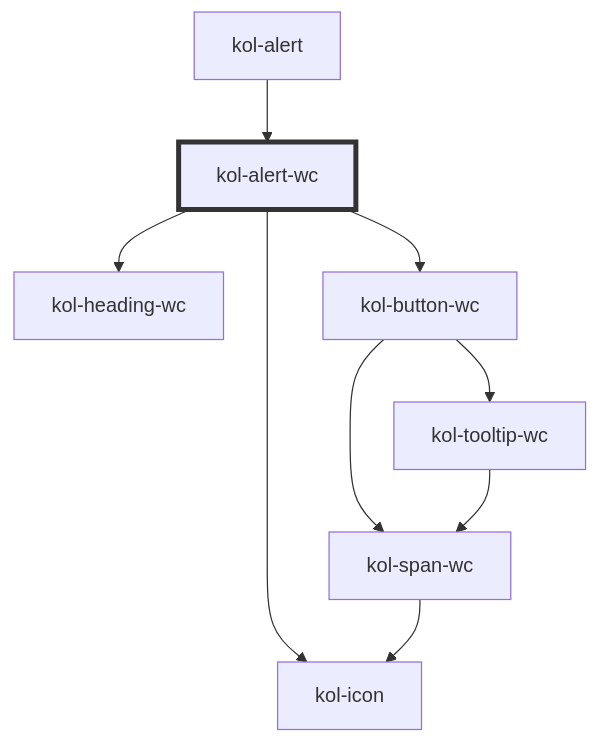
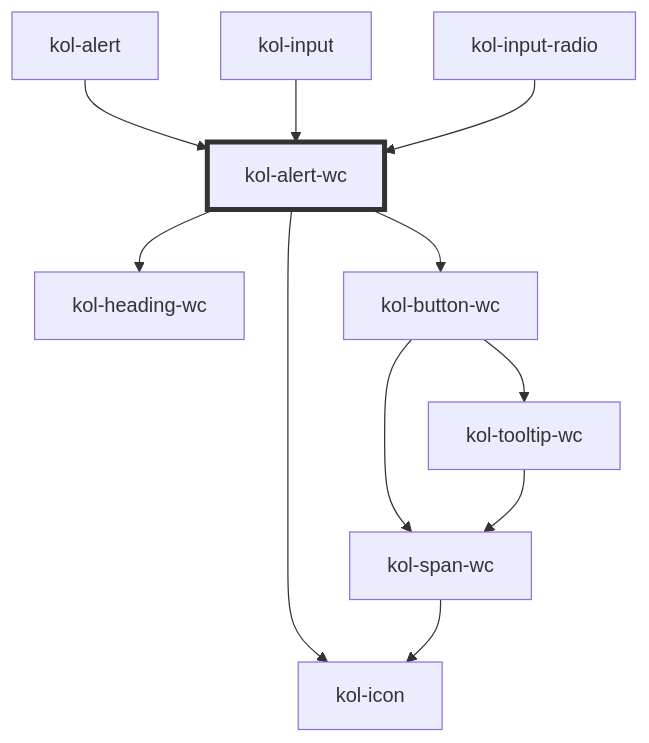
The diagram in packages/components/src/components/alert/readme.md (public-ui/kolibri), drawn with Mermaid before and after one commit. The commit also changed other lines of this file and 123 other files, not shown here.

````diff
--- a/packages/components/src/components/alert/readme.md
+++ b/packages/components/src/components/alert/readme.md
@@ -112,12 +114,14 @@
 ```mermaid
 graph TD;
   kol-alert-wc --> kol-heading-wc
   kol-alert-wc --> kol-button-wc
   kol-alert-wc --> kol-icon
   kol-button-wc --> kol-span-wc
   kol-button-wc --> kol-tooltip-wc
   kol-span-wc --> kol-icon
   kol-tooltip-wc --> kol-span-wc
   kol-alert --> kol-alert-wc
+  kol-input --> kol-alert-wc
+  kol-input-radio --> kol-alert-wc
   style kol-alert-wc stroke:#333,stroke-width:4px
 ```
````
